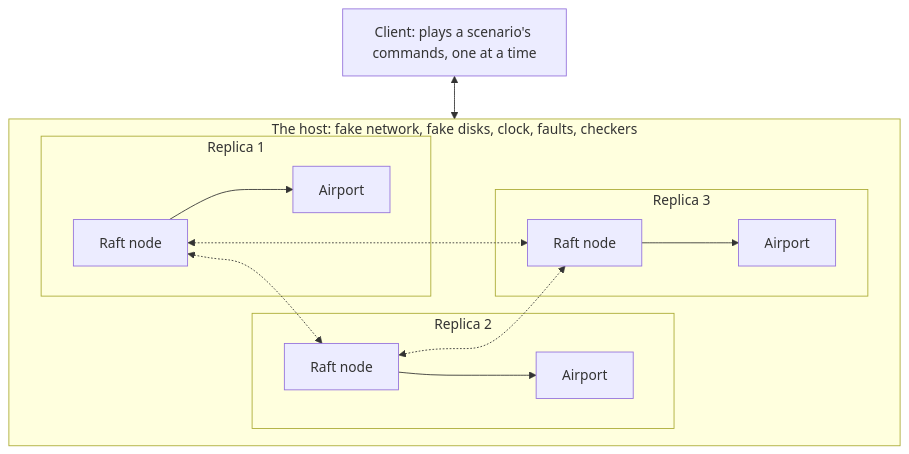
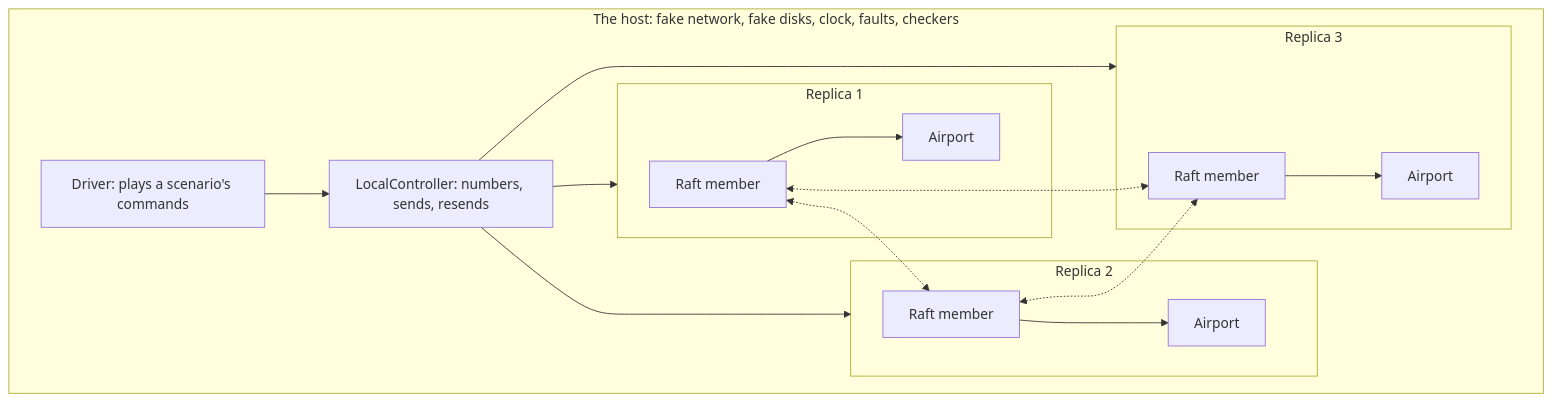
Before and after one commit to harrydayexe/AirportSimulator: the first of 2 diagrams in design/phase-2-spec.md, drawn with Mermaid. The commit also changed other lines of this file and 4 other files, not shown here.

````diff
--- a/design/phase-2-spec.md
+++ b/design/phase-2-spec.md
@@ -60,19 +94,23 @@
 ```mermaid
 flowchart TD
-    Client["Client: plays a scenario's commands, one at a time"]
     subgraph Host["The host: fake network, fake disks, clock, faults, checkers"]
+        Driver["Driver: plays a scenario's commands"]
+        LC["LocalController: numbers, sends, resends"]
         subgraph R1["Replica 1"]
-            N1["Raft node"] --> A1["Airport"]
+            N1["Raft member"] --> A1["Airport"]
         end
         subgraph R2["Replica 2"]
-            N2["Raft node"] --> A2["Airport"]
+            N2["Raft member"] --> A2["Airport"]
         end
         subgraph R3["Replica 3"]
-            N3["Raft node"] --> A3["Airport"]
+            N3["Raft member"] --> A3["Airport"]
         end
+        Driver --> LC
+        LC --> R1
+        LC --> R2
+        LC --> R3
     end
-    Client <--> Host
     N1 <-.-> N2
     N2 <-.-> N3
     N1 <-.-> N3
 ```
````
